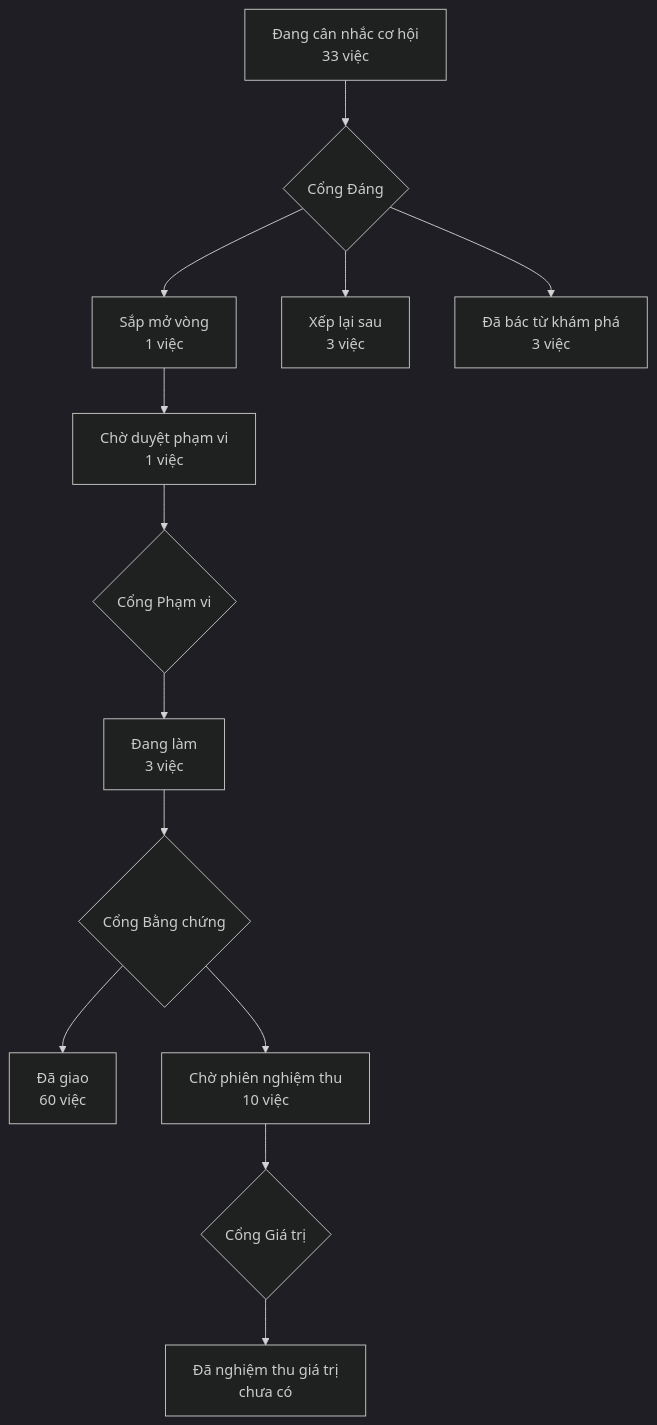
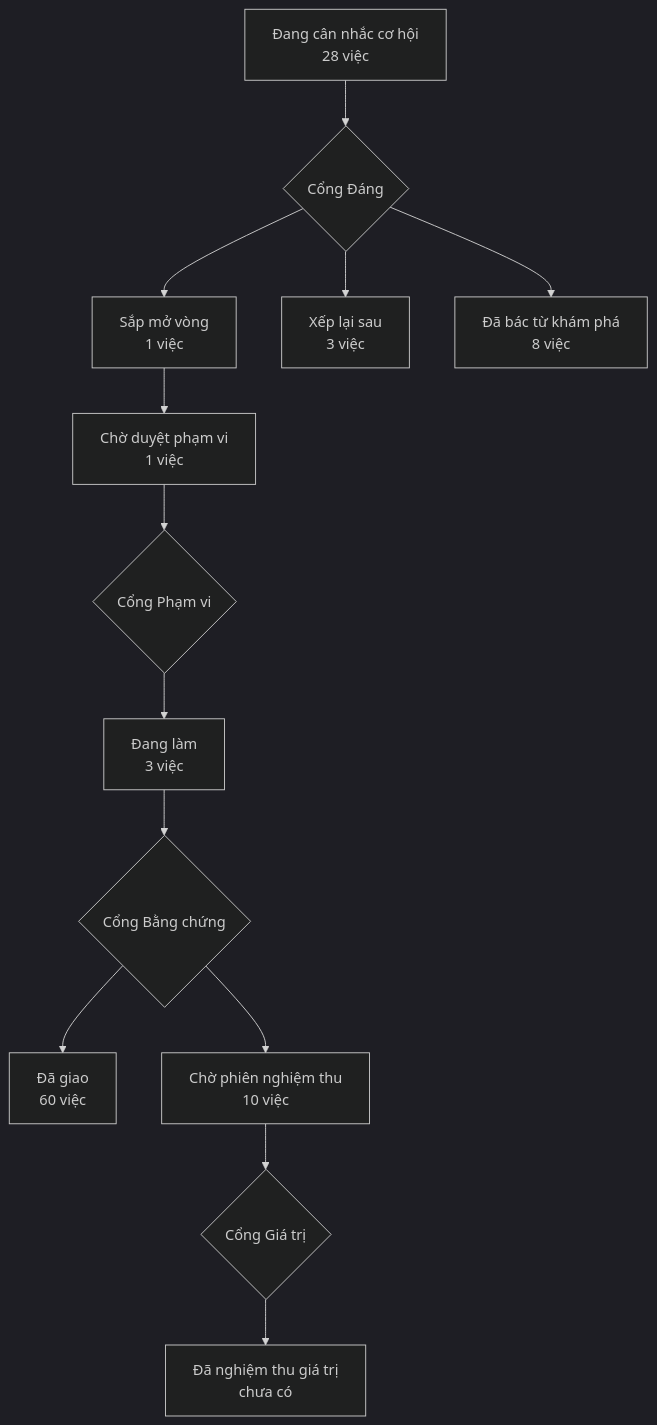
Before and after one commit to phanlemanh/acceptance-gate-kit: the diagram in PRODUCT-MAP.md, drawn with Mermaid (dark theme). The commit also changed other lines of this file and 8 other files, not shown here.

````diff
--- a/PRODUCT-MAP.md
+++ b/PRODUCT-MAP.md
@@ -6,12 +6,12 @@
 ```mermaid
 flowchart TD
-  A["Đang cân nhắc cơ hội<br/>33 việc"] --> GD{"Cổng Đáng"}
+  A["Đang cân nhắc cơ hội<br/>28 việc"] --> GD{"Cổng Đáng"}
   GD --> B["Sắp mở vòng<br/>1 việc"]
   GD --> XL["Xếp lại sau<br/>3 việc"]
-  GD --> DB["Đã bác từ khám phá<br/>3 việc"]
+  GD --> DB["Đã bác từ khám phá<br/>8 việc"]
   B --> CD["Chờ duyệt phạm vi<br/>1 việc"] --> GP{"Cổng Phạm vi"}
   GP --> DL["Đang làm<br/>3 việc"] --> GB{"Cổng Bằng chứng"}
   GB --> DG["Đã giao<br/>60 việc"]
   GB --> CN["Chờ phiên nghiệm thu<br/>10 việc"] --> GG{"Cổng Giá trị"}
   GG --> NT["Đã nghiệm thu giá trị<br/>chưa có"]
 ```
````
